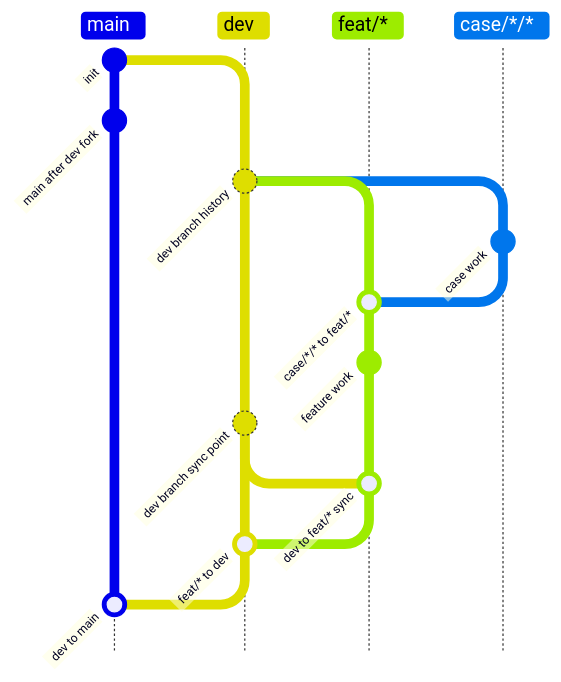
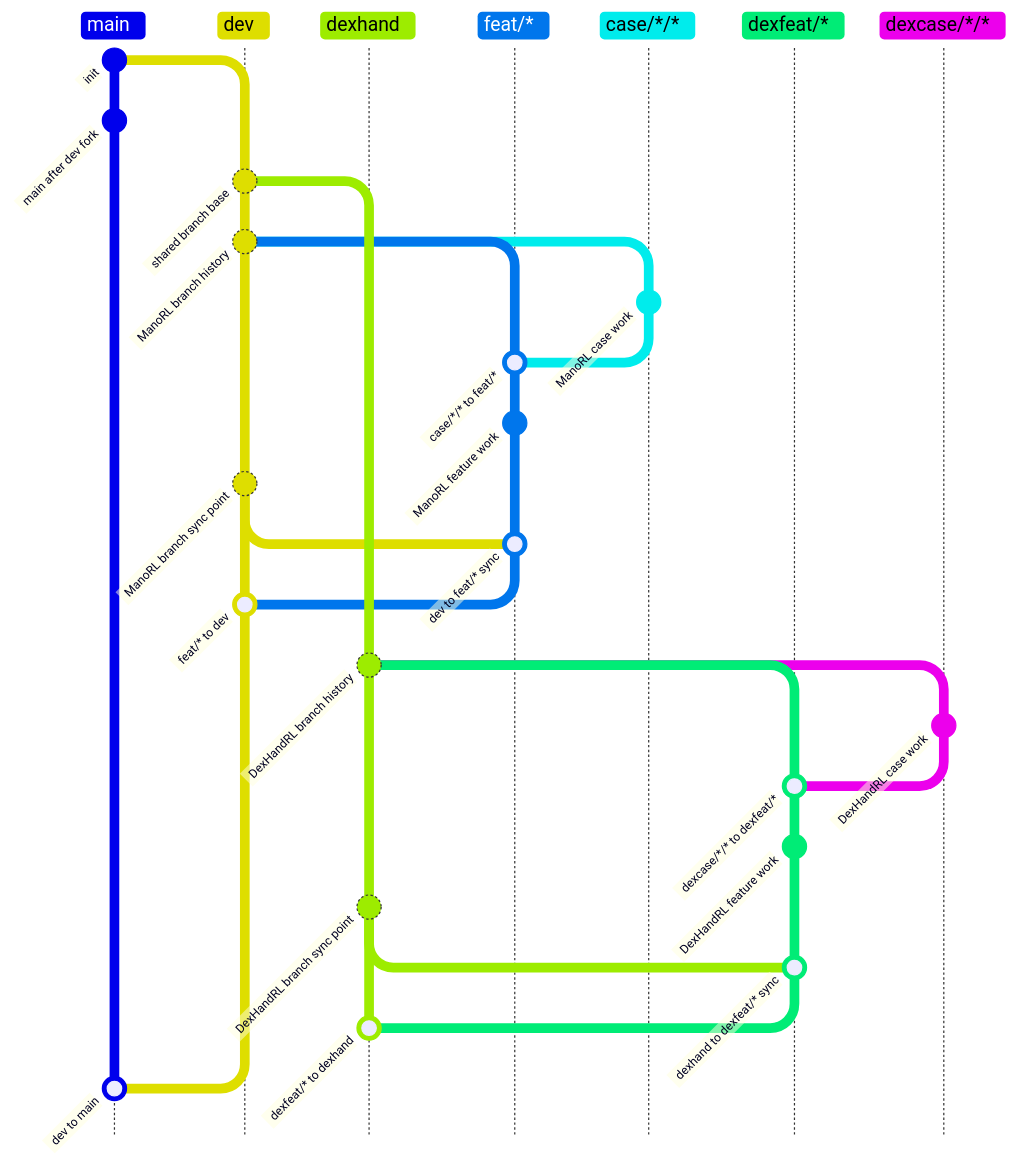
The diagram in .git-guard/contribution.md (DexGEM-Lab/mujoco-warp-contactbench), drawn with Mermaid before and after one commit. The commit also changed other lines of this file and 6 other files, not shown here.

Commit message:
Add protected DexHand task branch flow

````diff
--- a/.git-guard/contribution.md
+++ b/.git-guard/contribution.md
@@ -3,33 +3,58 @@
 ```mermaid
 gitGraph TB:
     commit id:"init"
 
     checkout main
     branch dev order: 1
     checkout main
     commit id:"main after dev fork"
 
     checkout dev
-    commit id:"dev branch history"
-    branch "feat/*" order: 2
+    commit id:"shared branch base"
+    branch dexhand order: 2
+
     checkout dev
-    branch "case/*/*" order: 3
+    commit id:"ManoRL branch history"
+    branch "feat/*" order: 3
+    checkout dev
+    branch "case/*/*" order: 4
 
     checkout "case/*/*"
-    commit id:"case work"
+    commit id:"ManoRL case work"
 
     checkout "feat/*"
     merge "case/*/*" id:"case/*/* to feat/*"
-    commit id:"feature work"
+    commit id:"ManoRL feature work"
 
     checkout dev
-    commit id:"dev branch sync point"
+    commit id:"ManoRL branch sync point"
     checkout "feat/*"
     merge dev id:"dev to feat/* sync"
 
     checkout dev
     merge "feat/*" id:"feat/* to dev"
 
+    checkout dexhand
+    commit id:"DexHandRL branch history"
+    branch "dexfeat/*" order: 5
+    checkout dexhand
+    branch "dexcase/*/*" order: 6
+
+    checkout "dexcase/*/*"
+    commit id:"DexHandRL case work"
+
+    checkout "dexfeat/*"
+    merge "dexcase/*/*" id:"dexcase/*/* to dexfeat/*"
+    commit id:"DexHandRL feature work"
+
+    checkout dexhand
+    commit id:"DexHandRL branch sync point"
+    checkout "dexfeat/*"
+    merge dexhand id:"dexhand to dexfeat/* sync"
+
+    checkout dexhand
+    merge "dexfeat/*" id:"dexfeat/* to dexhand"
+
     checkout main
     merge dev id:"dev to main"
 ```
````
